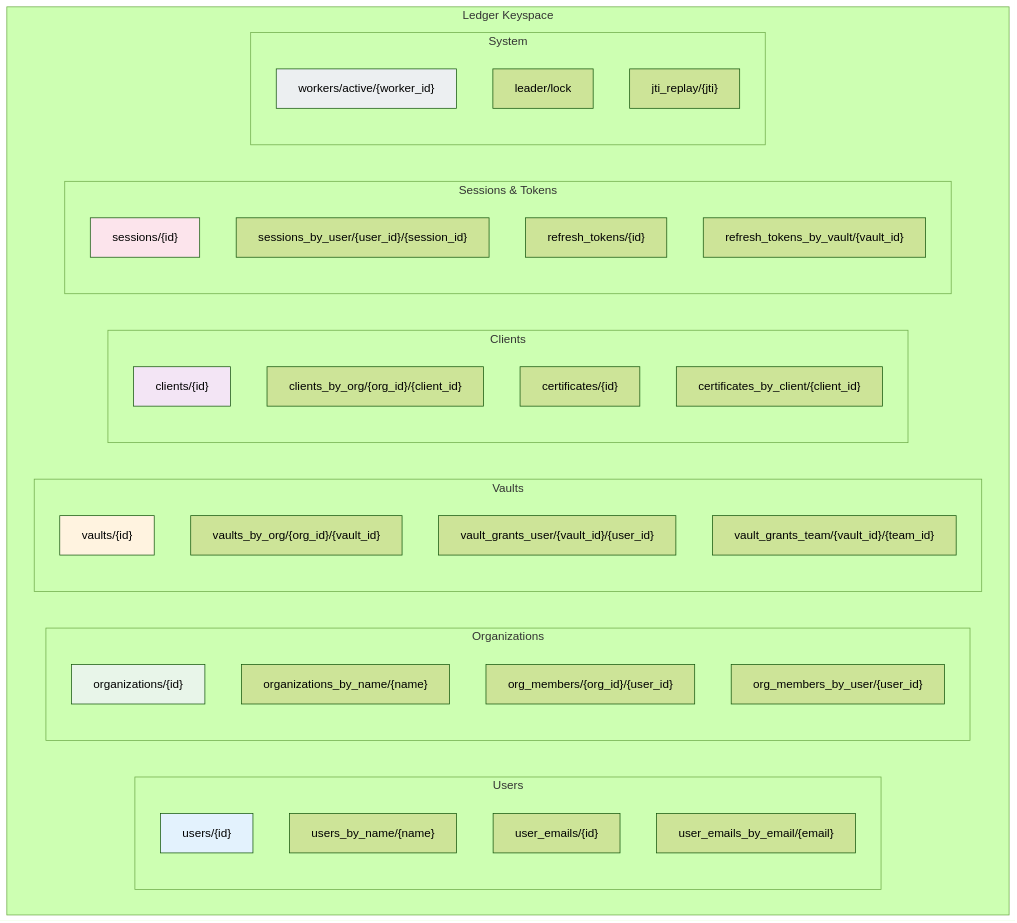
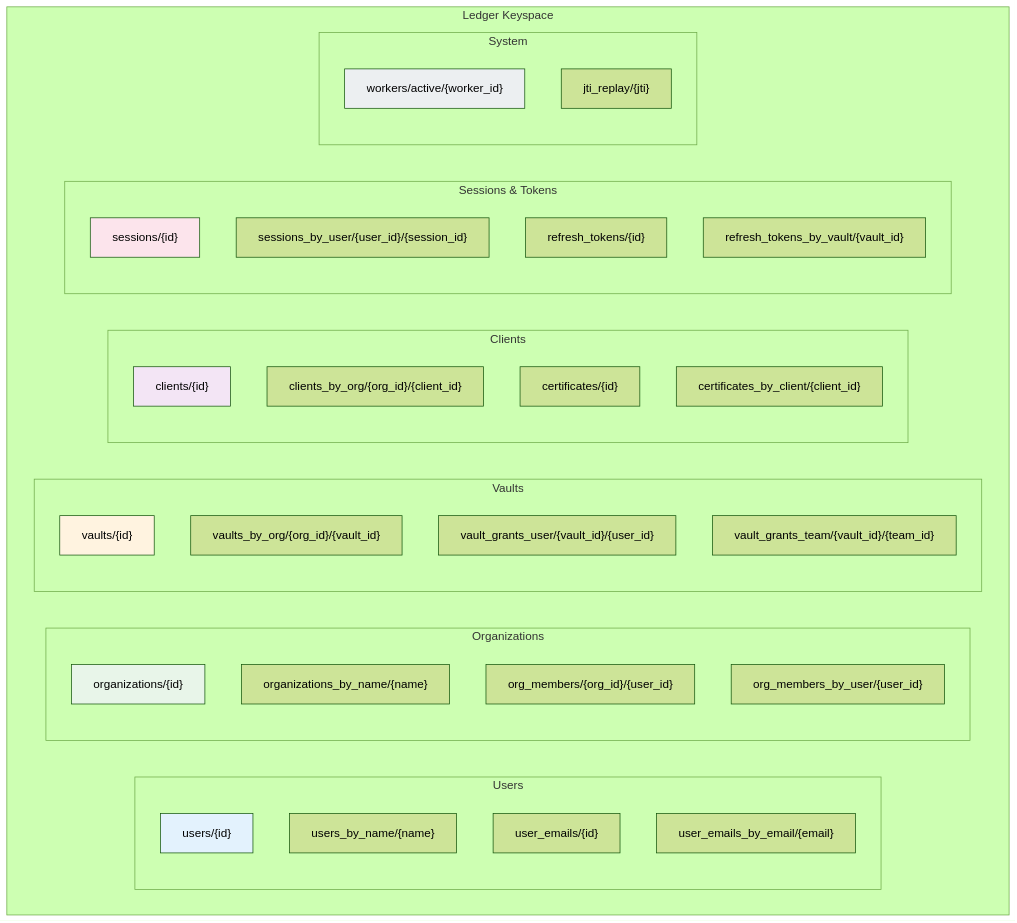
Before and after one commit to inferadb/control: the sixth of 10 diagrams in docs/architecture.md, drawn with Mermaid (forest theme). The commit also changed other lines of this file and 23 other files, not shown here.

````diff
--- a/docs/architecture.md
+++ b/docs/architecture.md
@@ -304,52 +274,51 @@
 ```mermaid
 graph TB
     subgraph "Ledger Keyspace"
         subgraph "Users"
             U1["users/{id}"]
             U2["users_by_name/{name}"]
             U3["user_emails/{id}"]
             U4["user_emails_by_email/{email}"]
         end
 
         subgraph "Organizations"
             O1["organizations/{id}"]
             O2["organizations_by_name/{name}"]
             O3["org_members/{org_id}/{user_id}"]
             O4["org_members_by_user/{user_id}"]
         end
 
         subgraph "Vaults"
             V1["vaults/{id}"]
             V2["vaults_by_org/{org_id}/{vault_id}"]
             V3["vault_grants_user/{vault_id}/{user_id}"]
             V4["vault_grants_team/{vault_id}/{team_id}"]
         end
 
         subgraph "Clients"
             C1["clients/{id}"]
             C2["clients_by_org/{org_id}/{client_id}"]
             C3["certificates/{id}"]
             C4["certificates_by_client/{client_id}"]
         end
 
         subgraph "Sessions & Tokens"
             S1["sessions/{id}"]
             S2["sessions_by_user/{user_id}/{session_id}"]
             S3["refresh_tokens/{id}"]
             S4["refresh_tokens_by_vault/{vault_id}"]
         end
 
         subgraph "System"
             SYS1["workers/active/{worker_id}"]
-            SYS2["leader/lock"]
             SYS3["jti_replay/{jti}"]
         end
     end
 
     style U1 fill:#E3F2FD
     style O1 fill:#E8F5E9
     style V1 fill:#FFF3E0
     style C1 fill:#F3E5F5
     style S1 fill:#FCE4EC
     style SYS1 fill:#ECEFF1
 ```
````
